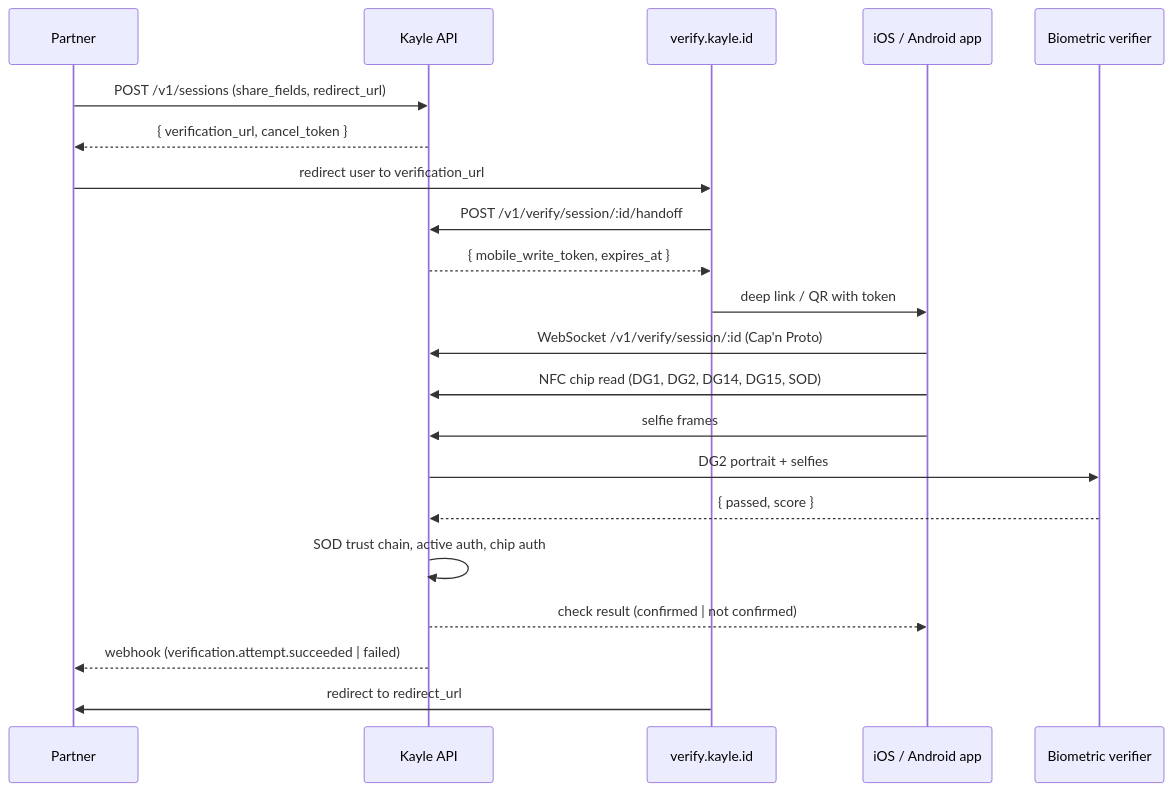
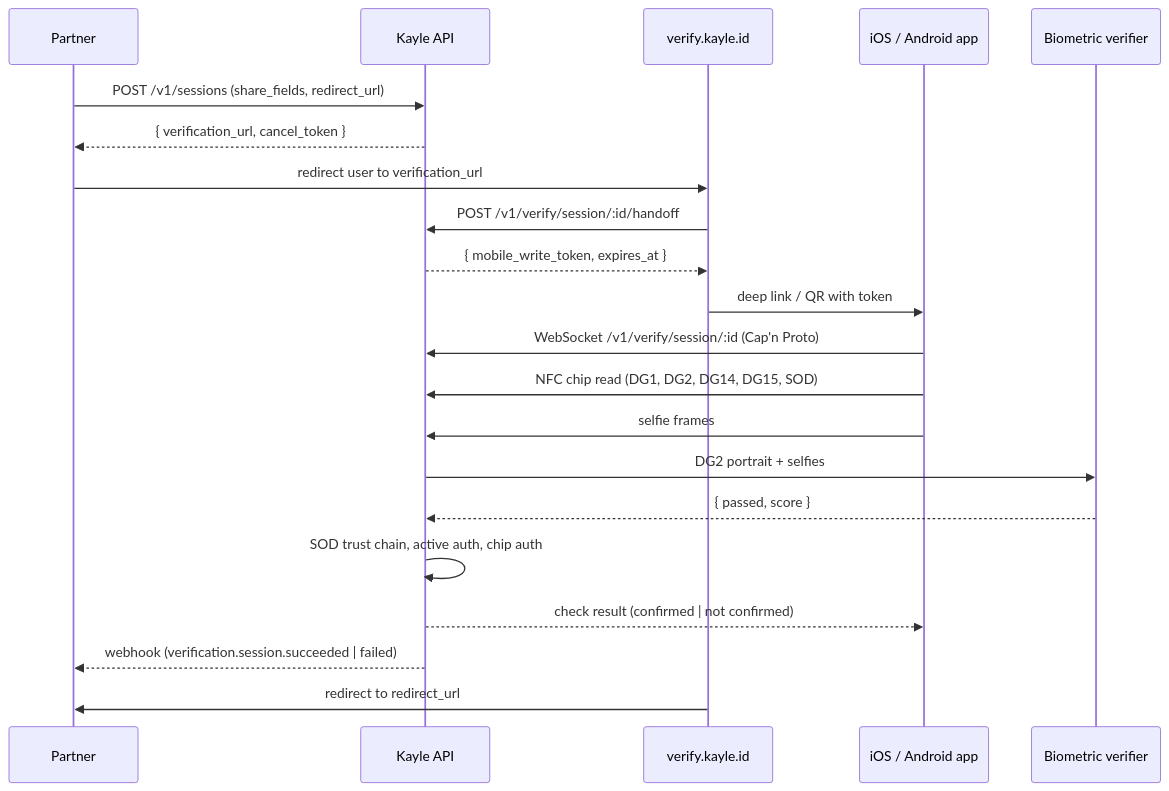
Before and after one commit to KayleAI/kayle-id-v1: the diagram in docs/concepts/how-it-works.mdx, drawn with Mermaid. The commit also changed other lines of this file and 135 other files, not shown here.

````diff
--- a/docs/concepts/how-it-works.mdx
+++ b/docs/concepts/how-it-works.mdx
@@ -26,24 +26,24 @@
 ```mermaid
 sequenceDiagram
     participant Partner
     participant API as Kayle API
     participant Verify as verify.kayle.id
     participant Mobile as iOS / Android app
     participant Biometric as Biometric verifier
 
     Partner->>API: POST /v1/sessions (share_fields, redirect_url)
     API-->>Partner: { verification_url, cancel_token }
     Partner->>Verify: redirect user to verification_url
     Verify->>API: POST /v1/verify/session/:id/handoff
     API-->>Verify: { mobile_write_token, expires_at }
     Verify->>Mobile: deep link / QR with token
     Mobile->>API: WebSocket /v1/verify/session/:id (Cap'n Proto)
     Mobile->>API: NFC chip read (DG1, DG2, DG14, DG15, SOD)
     Mobile->>API: selfie frames
     API->>Biometric: DG2 portrait + selfies
     Biometric-->>API: { passed, score }
     API->>API: SOD trust chain, active auth, chip auth
     API-->>Mobile: check result (confirmed | not confirmed)
-    API-->>Partner: webhook (verification.attempt.succeeded | failed)
+    API-->>Partner: webhook (verification.session.succeeded | failed)
     Verify->>Partner: redirect to redirect_url
 ```
````
